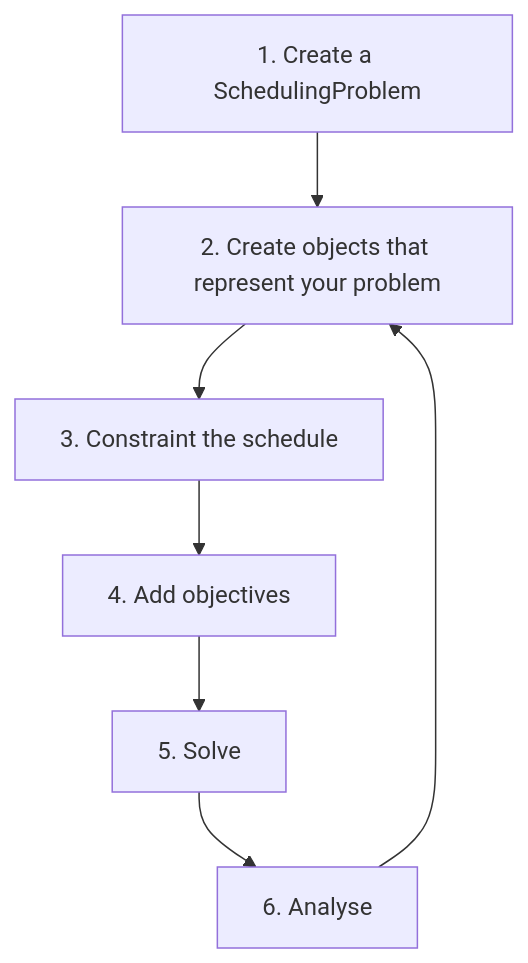
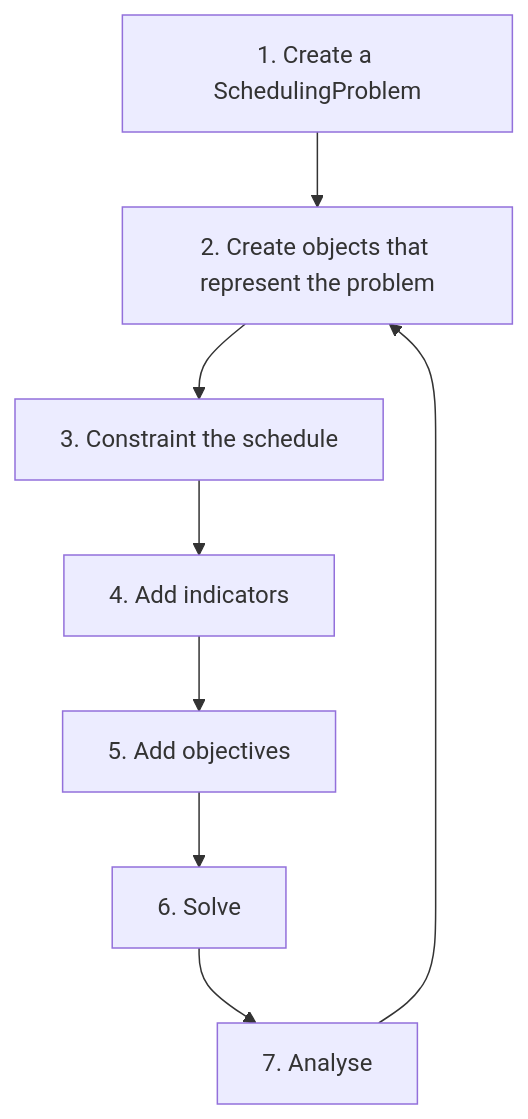
Before and after one commit to tpaviot/ProcessScheduler: the diagram in docs/workflow.md, drawn with Mermaid. The commit also changed other lines of this file and 1 other file, not shown here.

Commit message:
update doc workflow and buffer

````diff
--- a/docs/workflow.md
+++ b/docs/workflow.md
@@ -5,9 +5,10 @@
 ``` mermaid
 graph TD
-  A[1. Create a SchedulingProblem] --> B[2. Create objects that represent your problem];
+  A[1. Create a SchedulingProblem] --> B[2. Create objects that represent the problem];
   B --> C[3. Constraint the schedule];
-  C --> D[4. Add objectives];
-  D --> E[5. Solve];
-  E --> F[6. Analyse];
-  F --> B;
+  C --> D[4. Add indicators];
+  D --> E[5. Add objectives];
+  E --> F[6. Solve];
+  F --> G[7. Analyse];
+  G --> B;
 ```
````
